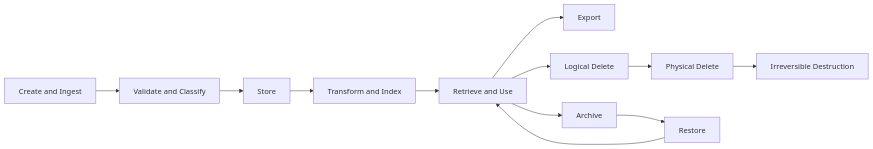
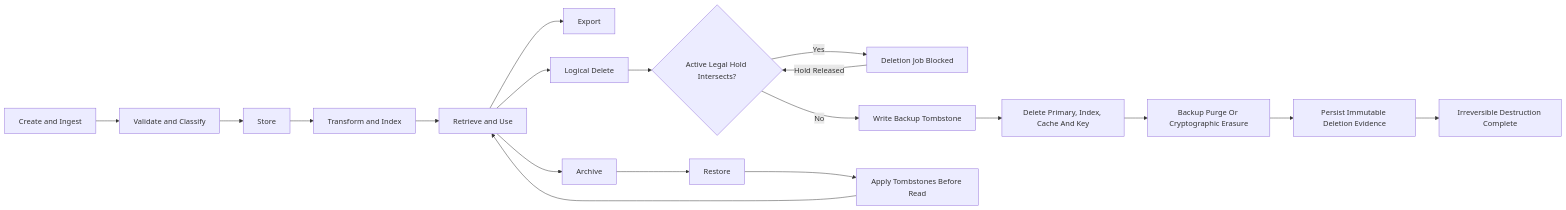
One commit to keny369/videt.ai changed the diagram in diagrams/DATA_LIFECYCLE.md. Above: the diagram before and after it, drawn with Mermaid. The commit also changed other lines of this file and 20 other files, not shown here.

````diff
--- a/diagrams/DATA_LIFECYCLE.md
+++ b/diagrams/DATA_LIFECYCLE.md
@@ -21,14 +21,21 @@
 ```mermaid
 flowchart LR
     CREATE[Create and Ingest] --> VALIDATE[Validate and Classify]
     VALIDATE --> STORE[Store]
     STORE --> TRANSFORM[Transform and Index]
     TRANSFORM --> RETRIEVE[Retrieve and Use]
     RETRIEVE --> EXPORT[Export]
     RETRIEVE --> ARCHIVE[Archive]
     RETRIEVE --> LOGDEL[Logical Delete]
-    LOGDEL --> PHYSDEL[Physical Delete]
-    PHYSDEL --> DESTROY[Irreversible Destruction]
+    LOGDEL --> HOLD{Active Legal Hold Intersects?}
+    HOLD -->|Yes| BLOCKED[Deletion Job Blocked]
+    BLOCKED -->|Hold Released| HOLD
+    HOLD -->|No| TOMBSTONE[Write Backup Tombstone]
+    TOMBSTONE --> PHYSDEL[Delete Primary, Index, Cache And Key]
+    PHYSDEL --> BACKUPPURGE[Backup Purge Or Cryptographic Erasure]
+    BACKUPPURGE --> EVIDENCE[Persist Immutable Deletion Evidence]
+    EVIDENCE --> DESTROY[Irreversible Destruction Complete]
     ARCHIVE --> RESTORE[Restore]
-    RESTORE --> RETRIEVE
+    RESTORE --> RESTOREGUARD[Apply Tombstones Before Read]
+    RESTOREGUARD --> RETRIEVE
 ```
````
